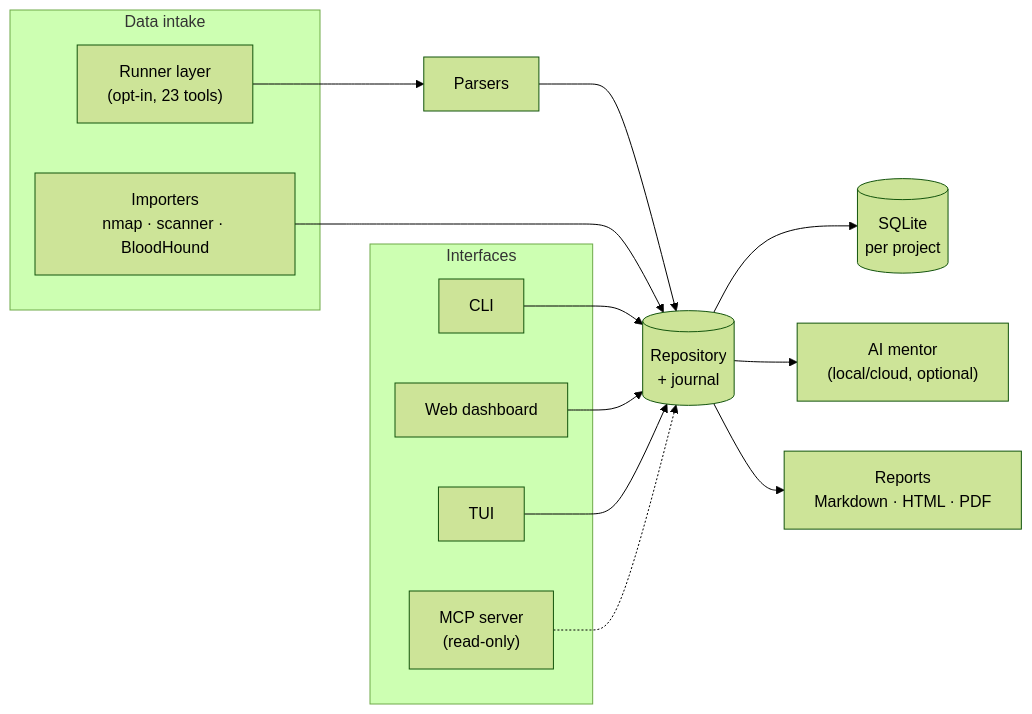
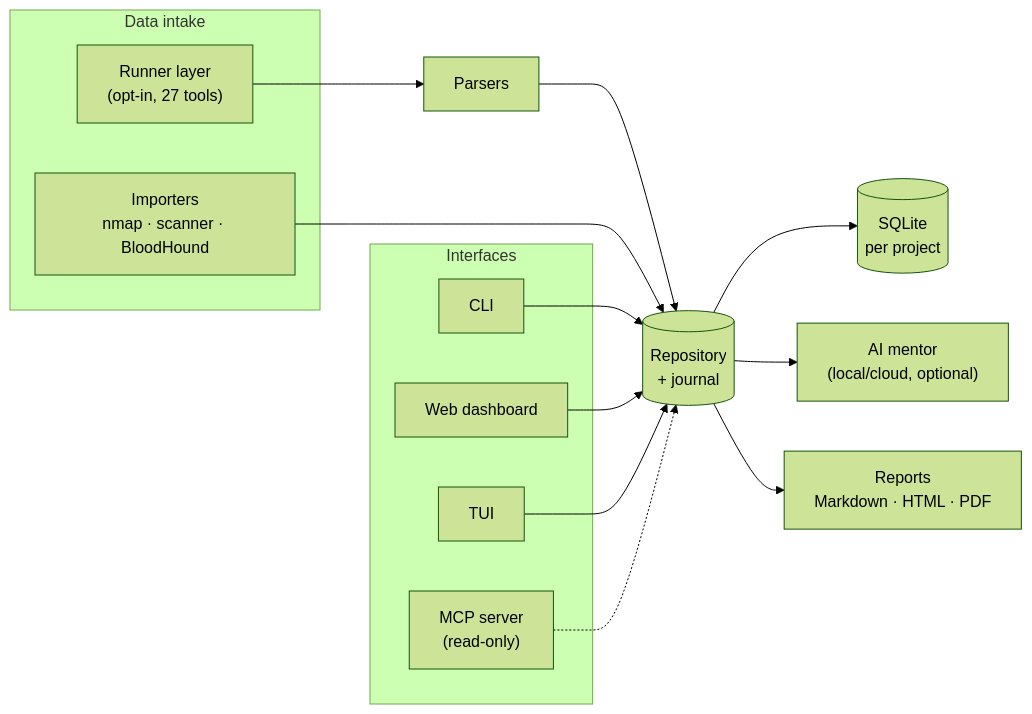
One commit to kaldox/pentos changed the diagram in README.en.md. Above: the diagram before and after it, drawn with Mermaid (forest theme). The commit also changed other lines of this file and 9 other files, not shown here.

````diff
--- a/README.en.md
+++ b/README.en.md
@@ -210,23 +210,23 @@
 ```mermaid
 flowchart LR
     subgraph face["Interfaces"]
         CLI["CLI"]
         WEB["Web dashboard"]
         TUI["TUI"]
         MCP["MCP server\n(read-only)"]
     end
     subgraph input["Data intake"]
         IMP["Importers\nnmap · scanner · BloodHound"]
-        RUN["Runner layer\n(opt-in, 23 tools)"]
+        RUN["Runner layer\n(opt-in, 27 tools)"]
     end
     RUN --> PARSE["Parsers"]
     PARSE --> REPO
     IMP --> REPO
     CLI --> REPO
     WEB --> REPO
     TUI --> REPO
     MCP -.-> REPO
     REPO[("Repository\n+ journal")] --> DB[("SQLite\nper project")]
     REPO --> AI["AI mentor\n(local/cloud, optional)"]
     REPO --> REP["Reports\nMarkdown · HTML · PDF"]
 ```
````
